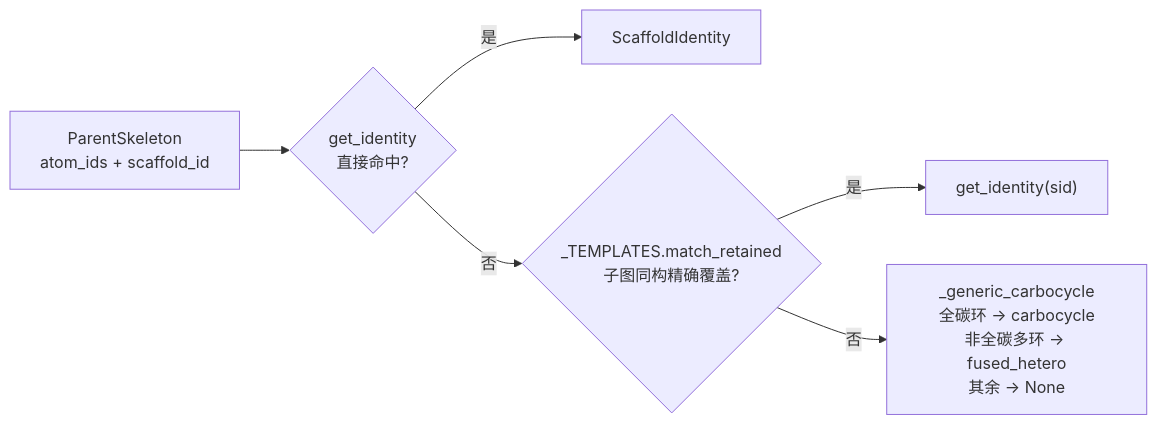
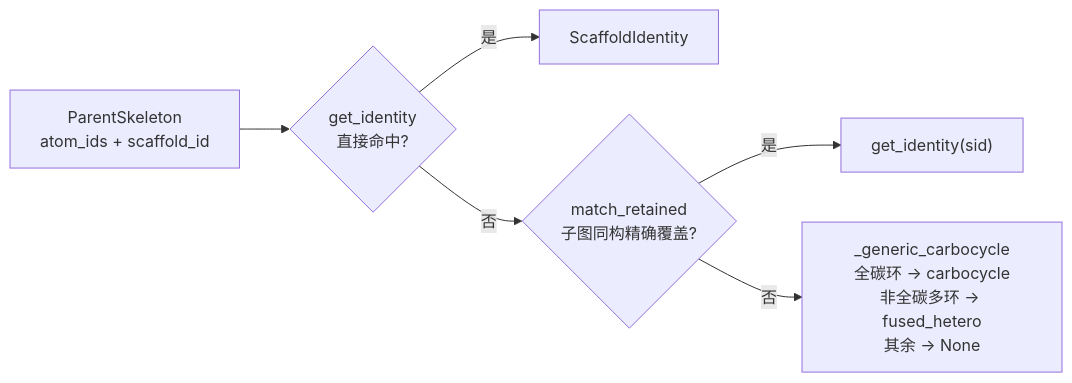
The third of 4 diagrams in docs/wiki/architecture/layer2-parent-selector.md (zouxiaofei1/OpenSMILES), drawn with Mermaid before and after one commit. The commit also changed other lines of this file and 18 other files, not shown here.

````diff
--- a/docs/wiki/architecture/layer2-parent-selector.md
+++ b/docs/wiki/architecture/layer2-parent-selector.md
@@ -142,8 +141,8 @@
 ```mermaid
 flowchart LR
     A["ParentSkeleton<br/>atom_ids + scaffold_id"] --> B{"get_identity<br/>直接命中?"}
     B -->|是| ID1["ScaffoldIdentity"]
-    B -->|否| C{"_TEMPLATES.match_retained<br/>子图同构精确覆盖?"}
+    B -->|否| C{"match_retained<br/>子图同构精确覆盖?"}
     C -->|是| ID2["get_identity(sid)"]
     C -->|否| D["_generic_carbocycle<br/>全碳环 → carbocycle<br/>非全碳多环 → fused_hetero<br/>其余 → None"]
 ```
````
